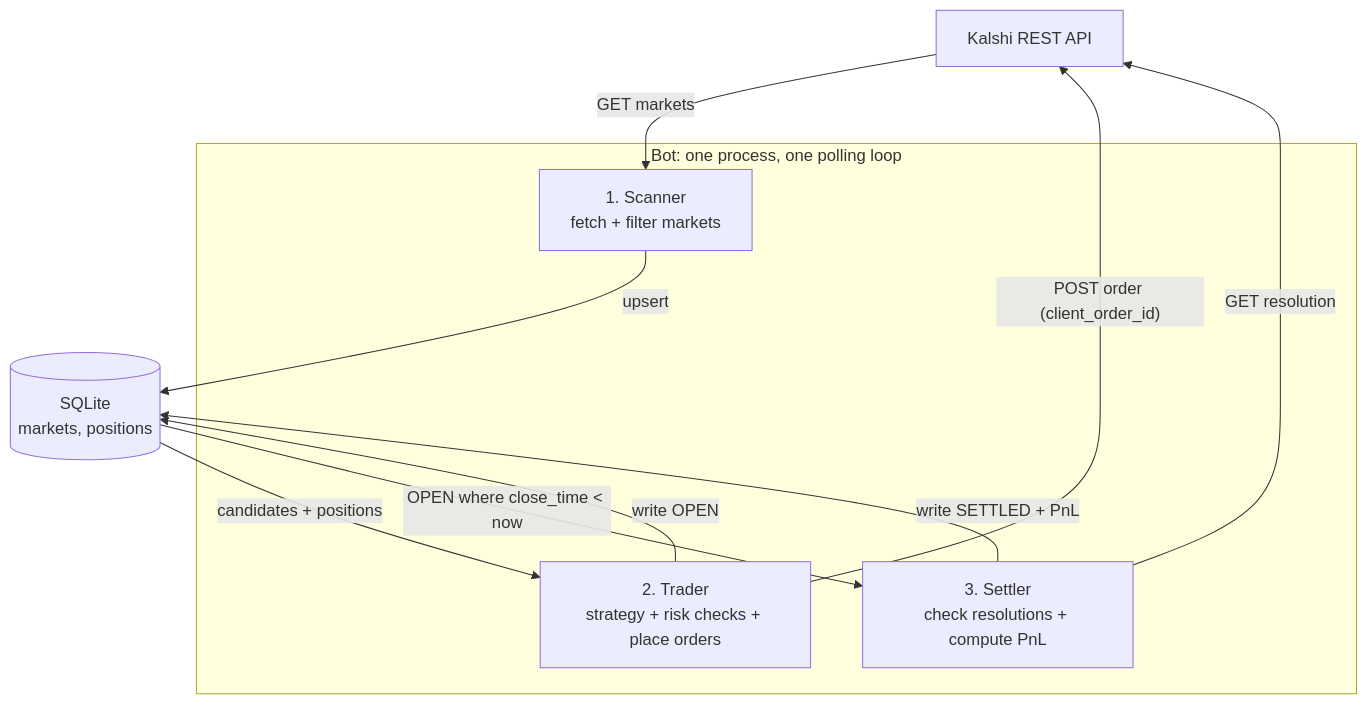
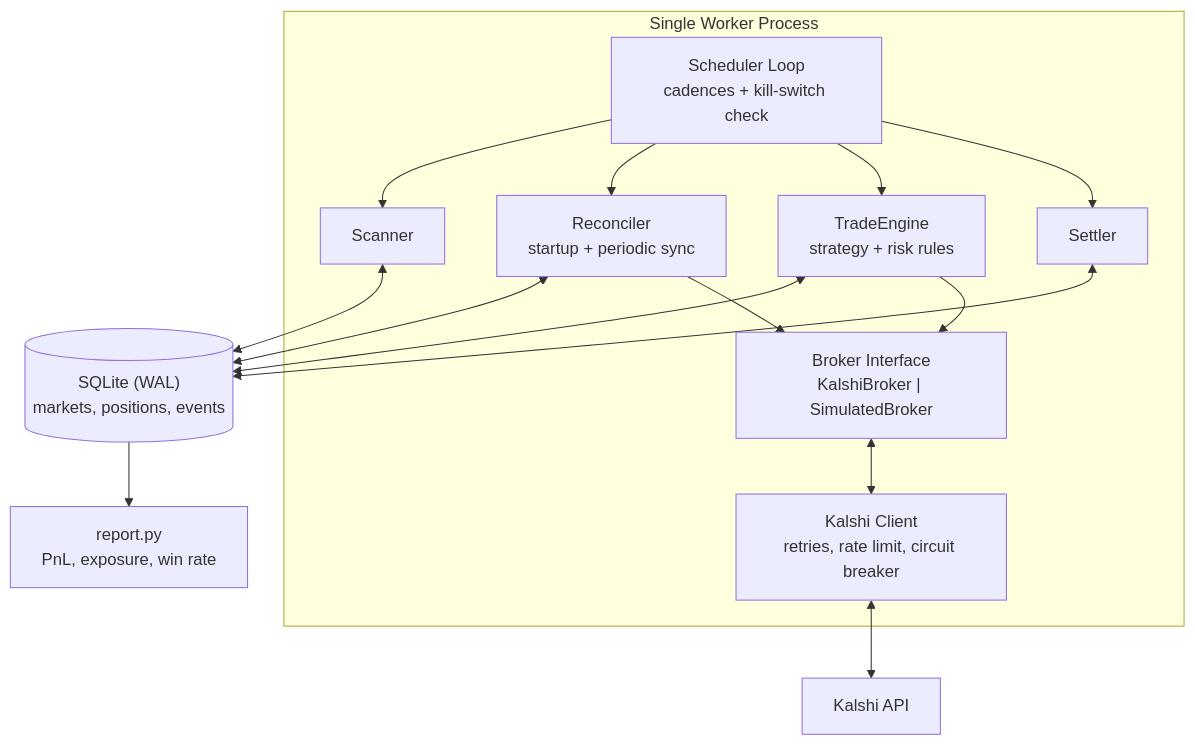
Before and after one commit to FlaggIgbo/trading-bot: the first of 2 diagrams in README.md, drawn with Mermaid. The commit also changed other lines of this file and 12 other files, not shown here.

Commit message:
Refactor system design: TradeEngine, broker abstraction, risk rules, and order state machine

````diff
--- a/README.md
+++ b/README.md
@@ -19,21 +20,25 @@
 ```mermaid
 flowchart TD
-    Kalshi["Kalshi REST API"]
+    Kalshi["Kalshi API"]
 
-    subgraph Bot [Bot: one process, one polling loop]
-        Scanner["1. Scanner<br/>fetch + filter markets"]
-        Trader["2. Trader<br/>strategy + risk checks + place orders"]
-        Settler["3. Settler<br/>check resolutions + compute PnL"]
+    subgraph Proc["Single Worker Process"]
+        Sched["Scheduler Loop<br/>cadences + kill-switch check"]
+        Scan["Scanner"]
+        Eng["TradeEngine<br/>strategy + risk rules"]
+        Sett["Settler"]
+        Recon["Reconciler<br/>startup + periodic sync"]
+        Broker["Broker Interface<br/>KalshiBroker | SimulatedBroker"]
+        Client["Kalshi Client<br/>retries, rate limit, circuit breaker"]
     end
 
-    DB[("SQLite<br/>markets, positions")]
+    DB[("SQLite (WAL)<br/>markets, positions, events")]
+    Report["report.py<br/>PnL, exposure, win rate"]
 
-    Kalshi -->|"GET markets"| Scanner
-    Scanner -->|"upsert"| DB
-    DB -->|"candidates + positions"| Trader
-    Trader -->|"POST order (client_order_id)"| Kalshi
-    Trader -->|"write OPEN"| DB
-    DB -->|"OPEN where close_time < now"| Settler
-    Settler -->|"GET resolution"| Kalshi
-    Settler -->|"write SETTLED + PnL"| DB
+    Sched --> Scan & Recon & Eng & Sett
+    Scan & Recon & Eng & Sett <--> DB
+    Eng --> Broker
+    Recon --> Broker
+    Broker <--> Client
+    Client <--> Kalshi
+    DB --> Report
 ```
````
